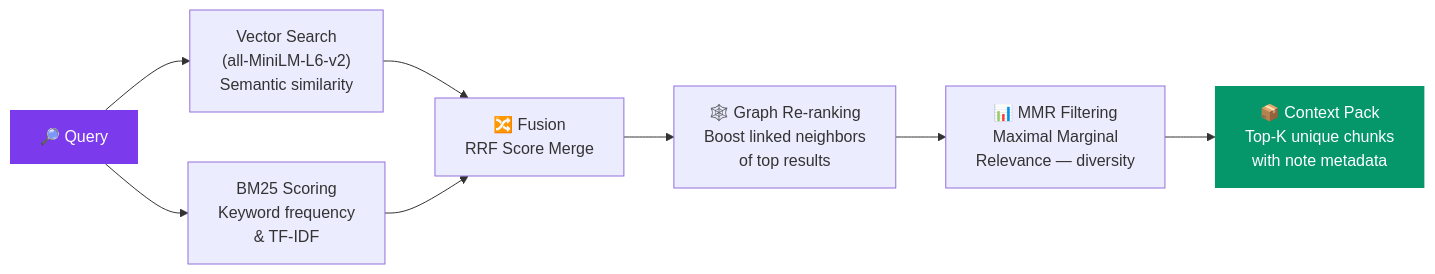
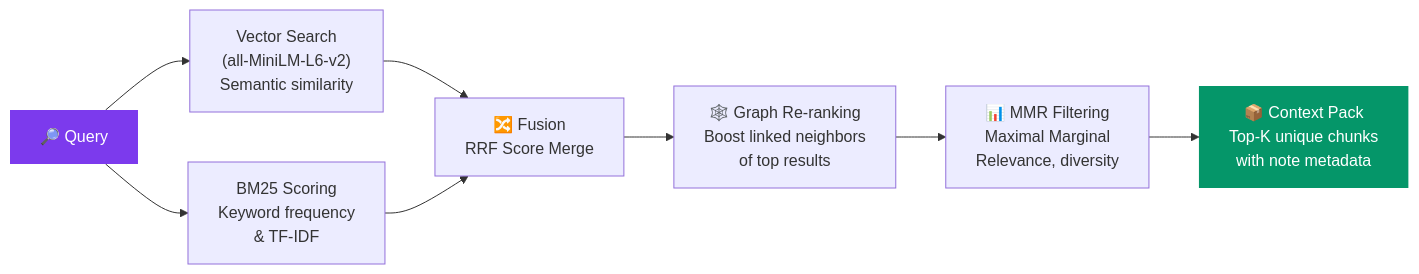
Before and after one commit to Tuguberk/Thought-Agent-Obsidian: the third of 5 diagrams in README.md, drawn with Mermaid. The commit also changed other lines of this file, not shown here.

````diff
--- a/README.md
+++ b/README.md
@@ -193,15 +193,15 @@
 ```mermaid
 flowchart LR
     Q["🔎 Query"] --> V["Vector Search\n(all-MiniLM-L6-v2)\nSemantic similarity"]
     Q --> B["BM25 Scoring\nKeyword frequency\n& TF-IDF"]
 
     V --> F["🔀 Fusion\nRRF Score Merge"]
     B --> F
 
     F --> GR["🕸️ Graph Re-ranking\nBoost linked neighbors\nof top results"]
-    GR --> MM["📊 MMR Filtering\nMaximal Marginal\nRelevance — diversity"]
+    GR --> MM["📊 MMR Filtering\nMaximal Marginal\nRelevance, diversity"]
     MM --> CTX["📦 Context Pack\nTop-K unique chunks\nwith note metadata"]
 
     style Q fill:#7c3aed,color:#fff,stroke:none
     style CTX fill:#059669,color:#fff,stroke:none
 ```
````
